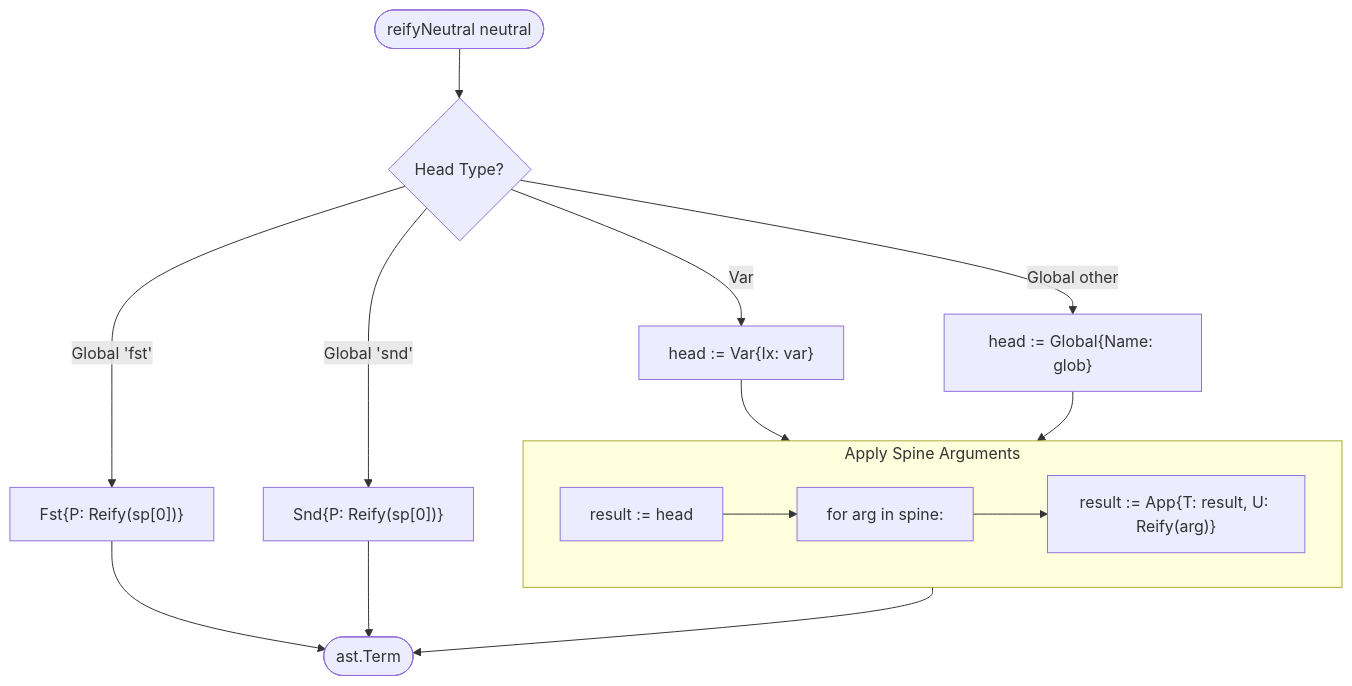
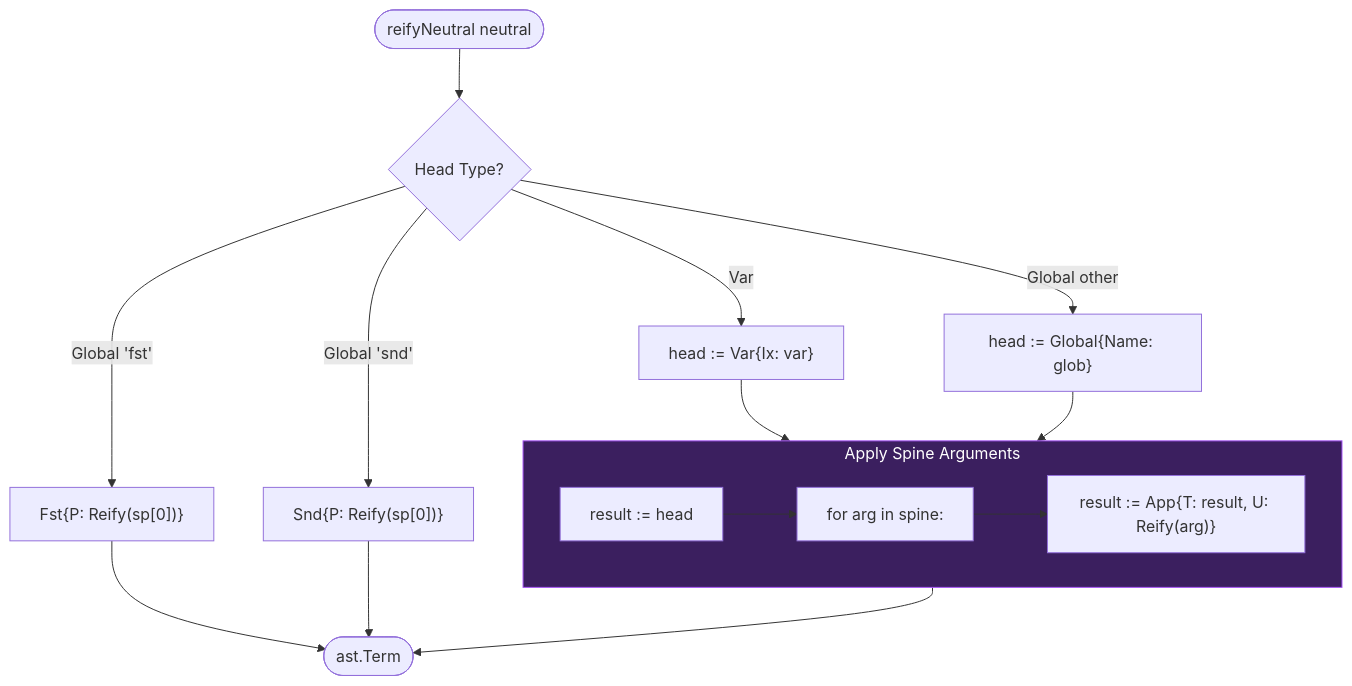
Diagram 14 of 23 in DIAGRAMS.md (watchthelight/HypergraphGo), drawn with Mermaid before and after one commit. The commit also changed other lines of this file, not shown here.

First line of the commit message:
docs(diagrams): add master architecture diagram with dark theme

````diff
--- a/DIAGRAMS.md
+++ b/DIAGRAMS.md
@@ -625,23 +1078,25 @@
 ```mermaid
 flowchart TB
     Start([reifyNeutral neutral]) --> HeadType{Head Type?}
 
     HeadType -->|Var| CreateVar["head := Var{Ix: var}"]
     HeadType -->|Global 'fst'| CreateFst["Fst{P: Reify(sp[0])}"]
     HeadType -->|Global 'snd'| CreateSnd["Snd{P: Reify(sp[0])}"]
     HeadType -->|Global other| CreateGlobal["head := Global{Name: glob}"]
 
     CreateVar --> ApplySpine
     CreateGlobal --> ApplySpine
 
     subgraph ApplySpine["Apply Spine Arguments"]
         AS1["result := head"]
         AS2["for arg in spine:"]
         AS3["  result := App{T: result, U: Reify(arg)}"]
         AS1 --> AS2 --> AS3
     end
 
     ApplySpine --> Result([ast.Term])
     CreateFst --> Result
     CreateSnd --> Result
+
+    style ApplySpine fill:#3b1f5f,stroke:#a855f7,color:#fff
 ```
````
